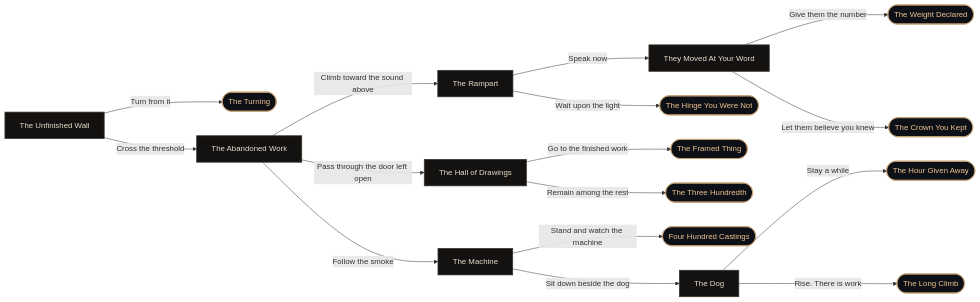
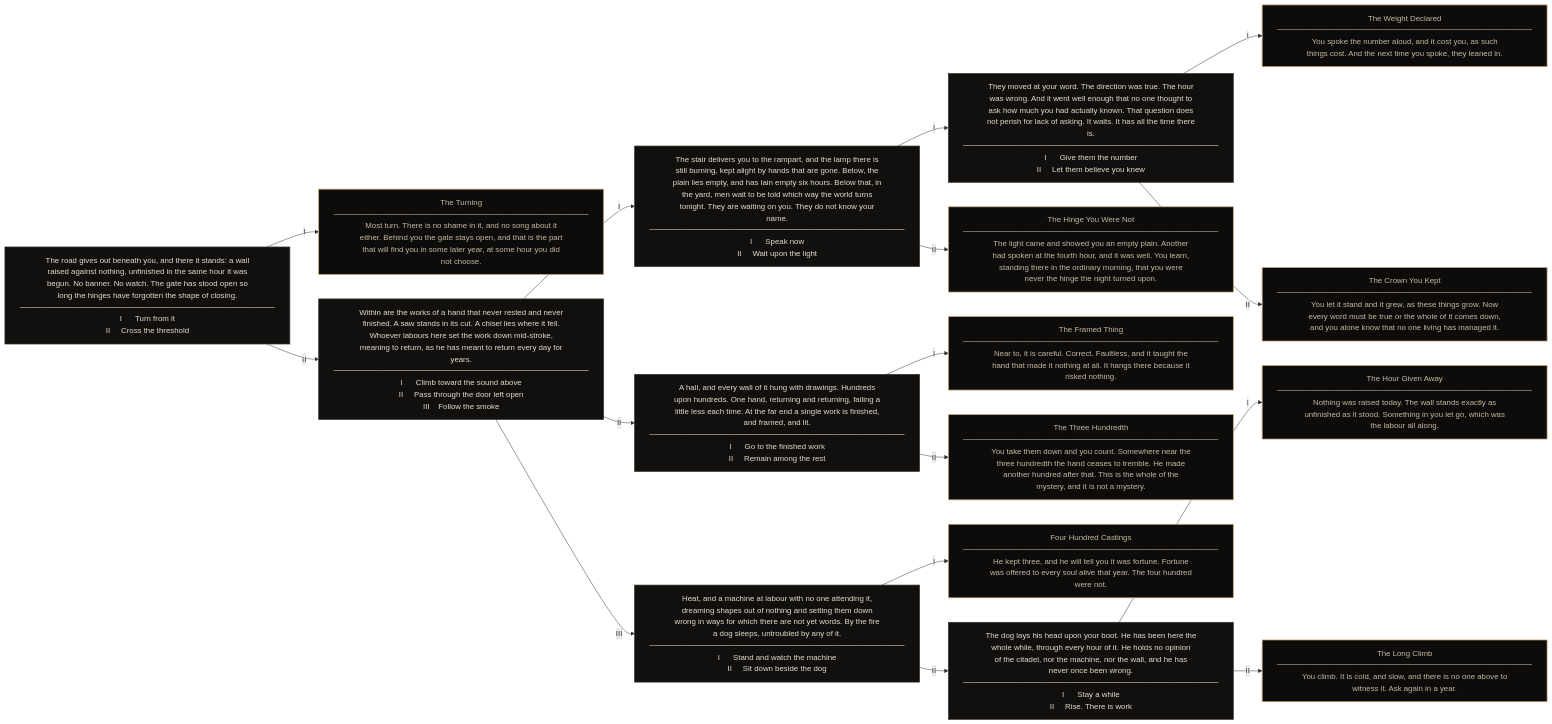
The diagram in README.md (King-Makle/King-Makle), drawn with Mermaid before and after one commit.

Commit message:
Restore full scene text and numbered choices in the journey map

````diff
--- a/README.md
+++ b/README.md
@@ -86,42 +86,42 @@
 ```mermaid
-%%{init: {"theme":"base","themeVariables":{"fontFamily":"Georgia,'Times New Roman',serif","fontSize":"18px","background":"#0d1117","primaryColor":"#141210","primaryTextColor":"#E6DCCB","primaryBorderColor":"#3A342C","lineColor":"#6E6558","edgeLabelBackground":"#0d1117","tertiaryColor":"#0d1117"},"flowchart":{"curve":"basis","nodeSpacing":10,"rankSpacing":52,"padding":10}}}%%
+%%{init: {"theme":"base","themeVariables":{"fontFamily":"Georgia,'Times New Roman',serif","fontSize":"15px","background":"#0d1117","primaryColor":"#12100e","primaryTextColor":"#E6DCCB","primaryBorderColor":"#3A342C","lineColor":"#6E6558","edgeLabelBackground":"#0d1117","tertiaryColor":"#0d1117"},"flowchart":{"curve":"basis","nodeSpacing":26,"rankSpacing":90,"padding":18,"wrappingWidth":900}}}%%
 flowchart LR
-    S0["The Unfinished Wall"]
-    S1["The Abandoned Work"]
-    S2["The Rampart"]
-    S3["They Moved At Your Word"]
-    S4["The Hall of Drawings"]
-    S5["The Machine"]
-    S6["The Dog"]
+    S0["The road gives out beneath you, and there it stands: a wall<br/>raised against nothing, unfinished in the same hour it was<br/>begun. No banner. No watch. The gate has stood open so<br/>long the hinges have forgotten the shape of closing.<br/>──────────────────────────────────────────────<br/>I&nbsp;&nbsp;&nbsp;&nbsp;&nbsp;&nbsp;Turn from it<br/>II&nbsp;&nbsp;&nbsp;&nbsp;&nbsp;Cross the threshold"]
+    S1["Within are the works of a hand that never rested and never<br/>finished. A saw stands in its cut. A chisel lies where it fell.<br/>Whoever labours here set the work down mid-stroke,<br/>meaning to return, as he has meant to return every day for<br/>years.<br/>──────────────────────────────────────────────<br/>I&nbsp;&nbsp;&nbsp;&nbsp;&nbsp;&nbsp;Climb toward the sound above<br/>II&nbsp;&nbsp;&nbsp;&nbsp;&nbsp;Pass through the door left open<br/>III&nbsp;&nbsp;&nbsp;&nbsp;Follow the smoke"]
+    S2["The stair delivers you to the rampart, and the lamp there is<br/>still burning, kept alight by hands that are gone. Below, the<br/>plain lies empty, and has lain empty six hours. Below that, in<br/>the yard, men wait to be told which way the world turns<br/>tonight. They are waiting on you. They do not know your<br/>name.<br/>──────────────────────────────────────────────<br/>I&nbsp;&nbsp;&nbsp;&nbsp;&nbsp;&nbsp;Speak now<br/>II&nbsp;&nbsp;&nbsp;&nbsp;&nbsp;Wait upon the light"]
+    S3["They moved at your word. The direction was true. The hour<br/>was wrong. And it went well enough that no one thought to<br/>ask how much you had actually known. That question does<br/>not perish for lack of asking. It waits. It has all the time there<br/>is.<br/>──────────────────────────────────────────────<br/>I&nbsp;&nbsp;&nbsp;&nbsp;&nbsp;&nbsp;Give them the number<br/>II&nbsp;&nbsp;&nbsp;&nbsp;&nbsp;Let them believe you knew"]
+    S4["A hall, and every wall of it hung with drawings. Hundreds<br/>upon hundreds. One hand, returning and returning, failing a<br/>little less each time. At the far end a single work is finished,<br/>and framed, and lit.<br/>──────────────────────────────────────────────<br/>I&nbsp;&nbsp;&nbsp;&nbsp;&nbsp;&nbsp;Go to the finished work<br/>II&nbsp;&nbsp;&nbsp;&nbsp;&nbsp;Remain among the rest"]
+    S5["Heat, and a machine at labour with no one attending it,<br/>dreaming shapes out of nothing and setting them down<br/>wrong in ways for which there are not yet words. By the fire<br/>a dog sleeps, untroubled by any of it.<br/>──────────────────────────────────────────────<br/>I&nbsp;&nbsp;&nbsp;&nbsp;&nbsp;&nbsp;Stand and watch the machine<br/>II&nbsp;&nbsp;&nbsp;&nbsp;&nbsp;Sit down beside the dog"]
+    S6["The dog lays his head upon your boot. He has been here the<br/>whole while, through every hour of it. He holds no opinion<br/>of the citadel, nor the machine, nor the wall, and he has<br/>never once been wrong.<br/>──────────────────────────────────────────────<br/>I&nbsp;&nbsp;&nbsp;&nbsp;&nbsp;&nbsp;Stay a while<br/>II&nbsp;&nbsp;&nbsp;&nbsp;&nbsp;Rise. There is work"]
 
-    E7(["The Turning"])
-    E8(["The Weight Declared"])
-    E9(["The Crown You Kept"])
-    E10(["The Hinge You Were Not"])
-    E11(["The Framed Thing"])
-    E12(["The Three Hundredth"])
-    E13(["Four Hundred Castings"])
-    E14(["The Hour Given Away"])
-    E15(["The Long Climb"])
+    E7["The Turning<br/>──────────────────────────────────────────────<br/>Most turn. There is no shame in it, and no song about it<br/>either. Behind you the gate stays open, and that is the part<br/>that will find you in some later year, at some hour you did<br/>not choose."]
+    E8["The Weight Declared<br/>──────────────────────────────────────────────<br/>You spoke the number aloud, and it cost you, as such<br/>things cost. And the next time you spoke, they leaned in."]
+    E9["The Crown You Kept<br/>──────────────────────────────────────────────<br/>You let it stand and it grew, as these things grow. Now<br/>every word must be true or the whole of it comes down,<br/>and you alone know that no one living has managed it."]
+    E10["The Hinge You Were Not<br/>──────────────────────────────────────────────<br/>The light came and showed you an empty plain. Another<br/>had spoken at the fourth hour, and it was well. You learn,<br/>standing there in the ordinary morning, that you were<br/>never the hinge the night turned upon."]
+    E11["The Framed Thing<br/>──────────────────────────────────────────────<br/>Near to, it is careful. Correct. Faultless, and it taught the<br/>hand that made it nothing at all. It hangs there because it<br/>risked nothing."]
+    E12["The Three Hundredth<br/>──────────────────────────────────────────────<br/>You take them down and you count. Somewhere near the<br/>three hundredth the hand ceases to tremble. He made<br/>another hundred after that. This is the whole of the<br/>mystery, and it is not a mystery."]
+    E13["Four Hundred Castings<br/>──────────────────────────────────────────────<br/>He kept three, and he will tell you it was fortune. Fortune<br/>was offered to every soul alive that year. The four hundred<br/>were not."]
+    E14["The Hour Given Away<br/>──────────────────────────────────────────────<br/>Nothing was raised today. The wall stands exactly as<br/>unfinished as it stood. Something in you let go, which was<br/>the labour all along."]
+    E15["The Long Climb<br/>──────────────────────────────────────────────<br/>You climb. It is cold, and slow, and there is no one above to<br/>witness it. Ask again in a year."]
 
-    S0 -->|"Turn from it"| E7
-    S0 -->|"Cross the threshold"| S1
-    S1 -->|"Climb toward the sound above"| S2
-    S1 -->|"Pass through the door left open"| S4
-    S1 -->|"Follow the smoke"| S5
-    S2 -->|"Speak now"| S3
-    S2 -->|"Wait upon the light"| E10
-    S3 -->|"Give them the number"| E8
-    S3 -->|"Let them believe you knew"| E9
-    S4 -->|"Go to the finished work"| E11
-    S4 -->|"Remain among the rest"| E12
-    S5 -->|"Stand and watch the machine"| E13
-    S5 -->|"Sit down beside the dog"| S6
-    S6 -->|"Stay a while"| E14
-    S6 -->|"Rise. There is work"| E15
+    S0 -->|"I"| E7
+    S0 -->|"II"| S1
+    S1 -->|"I"| S2
+    S1 -->|"II"| S4
+    S1 -->|"III"| S5
+    S2 -->|"I"| S3
+    S2 -->|"II"| E10
+    S3 -->|"I"| E8
+    S3 -->|"II"| E9
+    S4 -->|"I"| E11
+    S4 -->|"II"| E12
+    S5 -->|"I"| E13
+    S5 -->|"II"| S6
+    S6 -->|"I"| E14
+    S6 -->|"II"| E15
 
-    classDef scene fill:#141210,stroke:#3A342C,stroke-width:1.5px,color:#E6DCCB
-    classDef ending fill:#0d1117,stroke:#C9A375,stroke-width:1.5px,color:#EFC38F
+    classDef scene fill:#12100e,stroke:#3A342C,stroke-width:1.5px,color:#E6DCCB
+    classDef ending fill:#0d0c0b,stroke:#C9A375,stroke-width:1.5px,color:#C7B9A2
     class S0,S1,S2,S3,S4,S5,S6 scene
     class E7,E8,E9,E10,E11,E12,E13,E14,E15 ending
 ```
````
